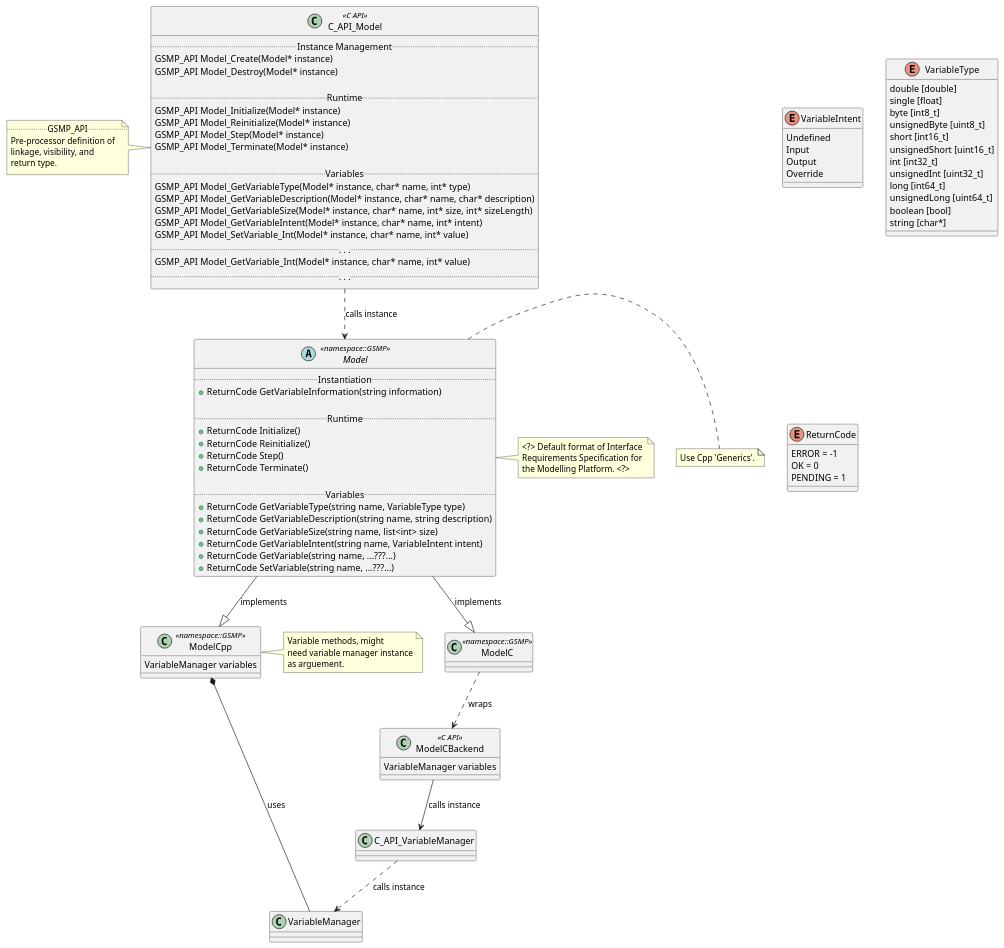
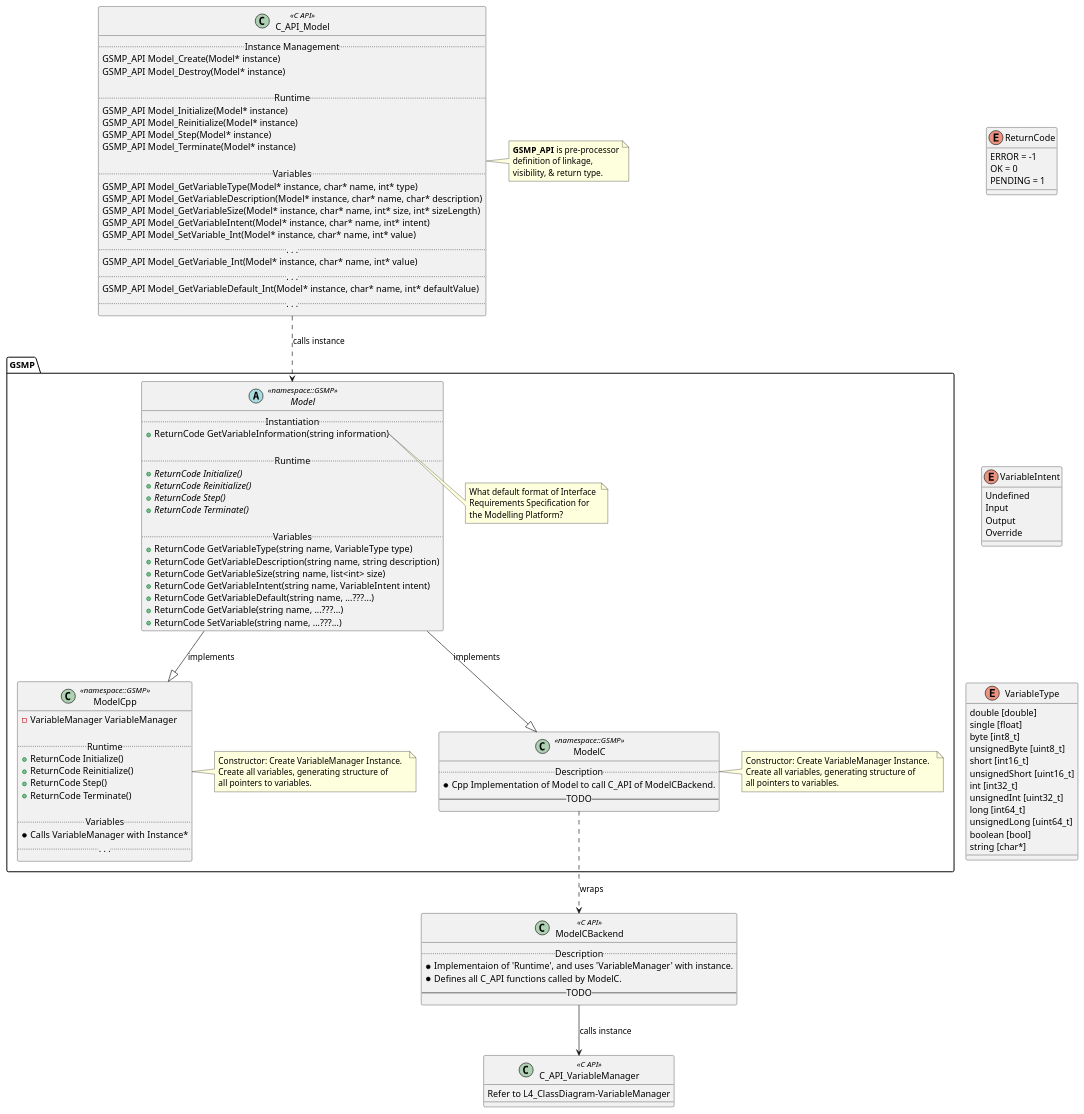
The diagram in docs/PlantUML/diagrams/src/L4_ClassDiagrams/L4_ClassDiagram-Model.puml (wheelerMT/GSMP), drawn with PlantUML before and after one commit. The commit also changed 1 other file, not shown here.

Commit message:
Update PlantUML Model Class Diagram note placement.

```diff
--- a/docs/PlantUML/diagrams/src/L4_ClassDiagrams/L4_ClassDiagram-Model.puml
+++ b/docs/PlantUML/diagrams/src/L4_ClassDiagrams/L4_ClassDiagram-Model.puml
@@ -1,126 +1,150 @@
 @startuml L4_Class Diagram - Model
 'https://plantuml.com/class-diagram
+
+
 
 class C_API_Model <<C API>> {
     .. Instance Management ..
     GSMP_API Model_Create(Model* instance)
     GSMP_API Model_Destroy(Model* instance)
 
     .. Runtime ..
     GSMP_API Model_Initialize(Model* instance)
     GSMP_API Model_Reinitialize(Model* instance)
     GSMP_API Model_Step(Model* instance)
     GSMP_API Model_Terminate(Model* instance)
 
     .. Variables ..
     GSMP_API Model_GetVariableType(Model* instance, char* name, int* type)
     GSMP_API Model_GetVariableDescription(Model* instance, char* name, char* description)
     GSMP_API Model_GetVariableSize(Model* instance, char* name, int* size, int* sizeLength)
     GSMP_API Model_GetVariableIntent(Model* instance, char* name, int* intent)
     GSMP_API Model_SetVariable_Int(Model* instance, char* name, int* value)
     ..  . . .  ..
     GSMP_API Model_GetVariable_Int(Model* instance, char* name, int* value)
     ..  . . .  ..
+    GSMP_API Model_GetVariableDefault_Int(Model* instance, char* name, int* defaultValue)
+    ..  . . .  ..
 }
 
-note left of C_API_Model
-    .. GSMP_API ..
-    Pre-processor definition of
-    linkage, visibility, and
-    return type.
+note right of C_API_Model
+    **GSMP_API** is pre-processor
+    definition of linkage,
+    visibility, & return type.
 end note
 
-abstract Model <<namespace::GSMP>> {
-    ' - GSMP_PlatformOptions platform ' FUTURE WORK
-    ' - ModelOptions options ' FUTURE WORK
-    .. Instantiation ..
-    + ReturnCode GetVariableInformation(string information)
+namespace GSMP {
+    abstract Model <<namespace::GSMP>> {
+        .. Instantiation ..
+        + ReturnCode GetVariableInformation(string information)
 
-    .. Runtime ..
-    + ReturnCode Initialize()
-    + ReturnCode Reinitialize()
-    + ReturnCode Step()
-    + ReturnCode Terminate()
+        .. Runtime ..
+        + {abstract} ReturnCode Initialize()
+        + {abstract} ReturnCode Reinitialize()
+        + {abstract} ReturnCode Step()
+        + {abstract} ReturnCode Terminate()
 
-    .. Variables ..
-    + ReturnCode GetVariableType(string name, VariableType type)
-    + ReturnCode GetVariableDescription(string name, string description)
-    + ReturnCode GetVariableSize(string name, list<int> size)
-    + ReturnCode GetVariableIntent(string name, VariableIntent intent)
-    + ReturnCode GetVariable(string name, ...???...)
-    + ReturnCode SetVariable(string name, ...???...)
-}
+        .. Variables ..
+        + ReturnCode GetVariableType(string name, VariableType type)
+        + ReturnCode GetVariableDescription(string name, string description)
+        + ReturnCode GetVariableSize(string name, list<int> size)
+        + ReturnCode GetVariableIntent(string name, VariableIntent intent)
+        + ReturnCode GetVariableDefault(string name, ...???...)
+        + ReturnCode GetVariable(string name, ...???...)
+        + ReturnCode SetVariable(string name, ...???...)
+    }
 
-note right of Model
-    <?> Default format of Interface 
-    Requirements Specification for
-    the Modelling Platform. <?>
-end note
+    note right of Model::GetVariableInformation
+        What default format of Interface 
+        Requirements Specification for
+        the Modelling Platform?
+    end note
 
-note right of Model
-    Use Cpp 'Generics'.
-end note
+    class ModelCpp <<namespace::GSMP>> {
+        - VariableManager VariableManager
 
-class ModelCpp <<namespace::GSMP>> {
-    VariableManager variables
-}
+        .. Runtime ..
+        + ReturnCode Initialize()
+        + ReturnCode Reinitialize()
+        + ReturnCode Step()
+        + ReturnCode Terminate()
 
-class ModelC <<namespace::GSMP>> {
+        .. Variables ..
+        *Calls VariableManager with Instance*
+        ..  . . .  ..
+    }
+
+    note right of ModelCpp
+        Constructor: Create VariableManager Instance.  
+        Create all variables, generating structure of
+        all pointers to variables.
+    end note
+
+    class ModelC <<namespace::GSMP>> {
+        .. Description ..
+        * Cpp Implementation of Model to call C_API of ModelCBackend.
+        -- TODO --
+    }
+
+    note right of ModelC
+        Constructor: Create VariableManager Instance.  
+        Create all variables, generating structure of
+        all pointers to variables.
+    end note
 }
 
 class ModelCBackend <<C API>> {
-    VariableManager variables
+    .. Description ..
+    * Implementaion of 'Runtime', and uses 'VariableManager' with instance.
+    * Defines all C_API functions called by ModelC.
+    -- TODO --
 }
 
-note left of ModelCpp
-    Variable methods, might 
-    need variable manager instance
-    as arguement.
-end note
+class C_API_VariableManager <<C API>> {
+    Refer to L4_ClassDiagram-VariableManager
+}
 
 ' -- Relationships --
 ' Define Cpp relationships
 Model --|> ModelCpp : implements
-ModelCpp *-- VariableManager : uses
 
-' Define C Relationships (including Cpp components)
+' Define C_API Relationships (including Cpp components)
 C_API_Model ..> Model : calls instance
 Model --|> ModelC : implements
-ModelC ..> ModelCBackend : wraps
+ModelC .down.> ModelCBackend : wraps
 ModelCBackend --> C_API_VariableManager : calls instance
-C_API_VariableManager ..> VariableManager : calls instance
-
-' C_API_Model --> ReturnCode : uses
-' C_API_Model --> VariableIntent : uses
-' C_API_Model --> VariableType : uses
 
 ' -- Enumerated Type Definitions --
+enum ReturnCode {
+    ERROR = -1
+    OK = 0
+    PENDING = 1
+}
+
 enum VariableIntent {
     Undefined
     Input
     Output
     Override
 }
 
 enum VariableType {
     double [double]
     single [float]
     byte [int8_t]
     unsignedByte [uint8_t]
     short [int16_t]
     unsignedShort [uint16_t]
     int [int32_t]
     unsignedInt [uint32_t]
     long [int64_t]
     unsignedLong [uint64_t]
     boolean [bool]
     string [char*]
 }
 
-enum ReturnCode {
-    ERROR = -1
-    OK = 0
-    PENDING = 1
-}
+' Arrangement
+ReturnCode -[hidden]d-> VariableIntent
+VariableIntent -[hidden]d-> VariableType
 
 @enduml
```
